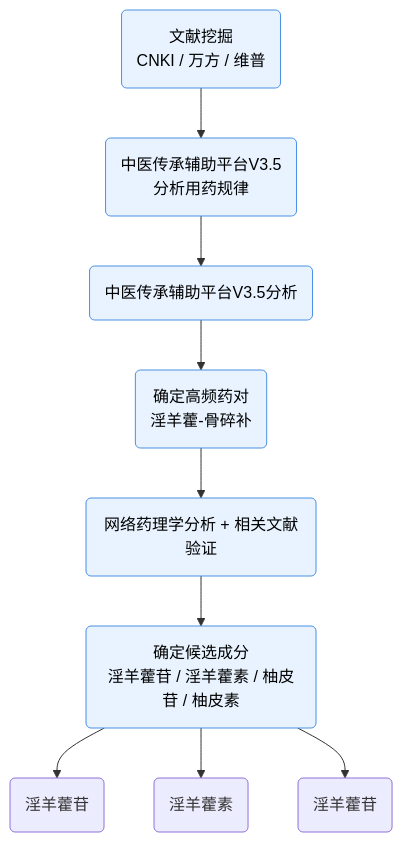
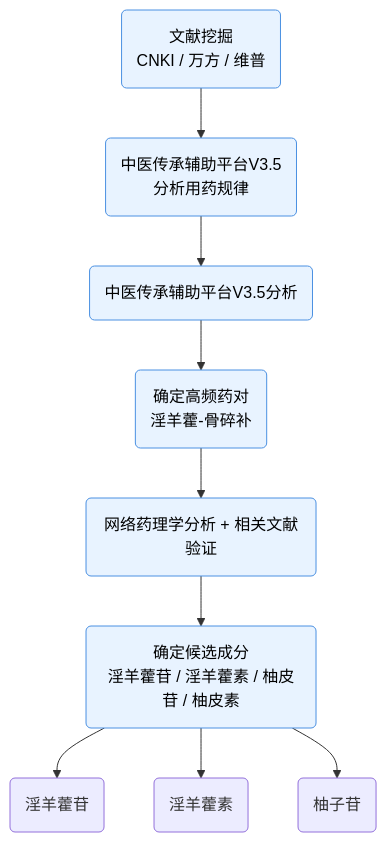
The diagram in all/未命名-1.md (Yaotian99/iodraw-files), drawn with Mermaid before and after one commit.

Commit message:
2026-06-24 09:04:31 update

````diff
--- a/all/未命名-1.md
+++ b/all/未命名-1.md
@@ -1,21 +1,21 @@
 ```mermaid
 graph TD
 
 A1(文献挖掘<br/>CNKI / 万方 / 维普) --> A2(中医传承辅助平台V3.5<br/>分析用药规律)
 A2 --> A3(中医传承辅助平台V3.5分析)
 A3 --> A4(确定高频药对<br/>淫羊藿-骨碎补)
 A4 --> A5(网络药理学分析 + 相关文献验证)
 A5 --> A6(确定候选成分<br/>淫羊藿苷 / 淫羊藿素 / 柚皮苷 / 柚皮素)
 A6 --> A71(淫羊藿苷)
 A6 --> A72(淫羊藿素)
-A6 --> A73(淫羊藿苷)
+A6 --> A73(柚子苷)
 
 classDef basis fill:#E8F3FF,stroke:#4A90E2,stroke-width:1px,color:#000;
 classDef network fill:#EAF8EF,stroke:#43A047,stroke-width:1px,color:#000;
 classDef result fill:#FFECEC,stroke:#E53935,stroke-width:1px,color:#000;
 
 class A1,A2,A3,A4,A5,A6 basis;
 class B1,B2,B3,B4,B5,B6 network;
 class C1,C2,C3 result;
   
 ```
````
